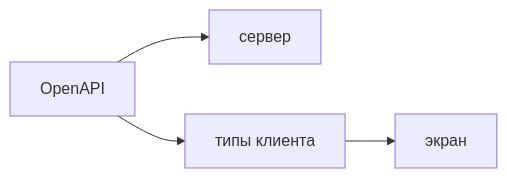
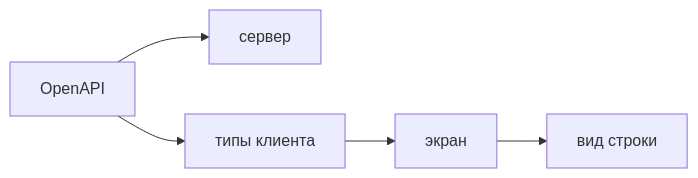
The diagram in nine-to-eighteen/ui/src/data/learn/frontend/fe11-openapi-client.md (AlexanderNY/cursor_test), drawn with Mermaid before and after one commit. The commit also changed other lines of this file and 40 other files, not shown here.

````diff
--- a/nine-to-eighteen/ui/src/data/learn/frontend/fe11-openapi-client.md
+++ b/nine-to-eighteen/ui/src/data/learn/frontend/fe11-openapi-client.md
@@ -52,6 +104,7 @@
 ```mermaid
 flowchart LR
   Spec[OpenAPI] --> API[сервер]
   Spec --> TS[типы клиента]
   TS --> UI[экран]
+  UI --> View[вид строки]
 ```
````
